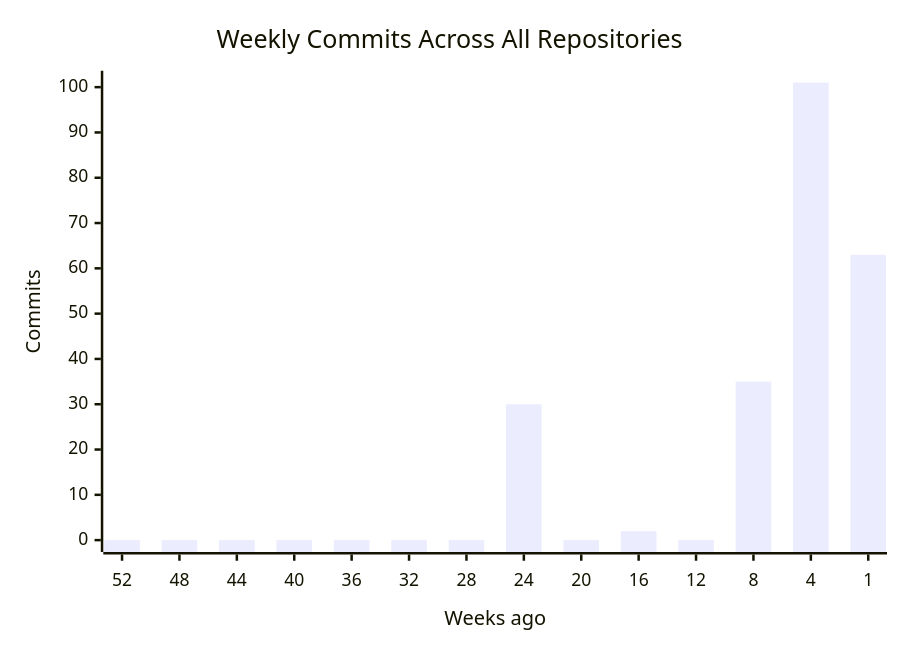
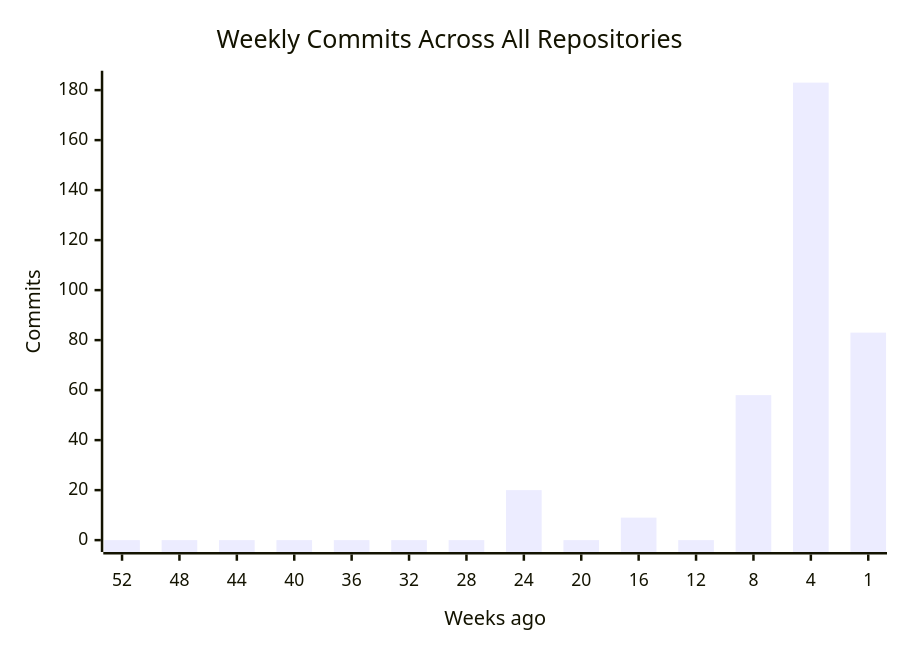
Before and after one commit to CSTH-Projects/.github: the first of 4 diagrams in profile/README.md, drawn with Mermaid. The commit also changed other lines of this file, not shown here.

````diff
--- a/profile/README.md
+++ b/profile/README.md
@@ -16,7 +16,7 @@
 ```mermaid
 xychart-beta
     title "Weekly Commits Across All Repositories"
     x-axis "Weeks ago" [52, 48, 44, 40, 36, 32, 28, 24, 20, 16, 12, 8, 4, 1]
     y-axis "Commits"
-    bar [0, 0, 0, 0, 0, 0, 0, 30, 0, 2, 0, 35, 101, 63]
+    bar [0, 0, 0, 0, 0, 0, 0, 20, 0, 9, 0, 58, 183, 83]
 ```
````
